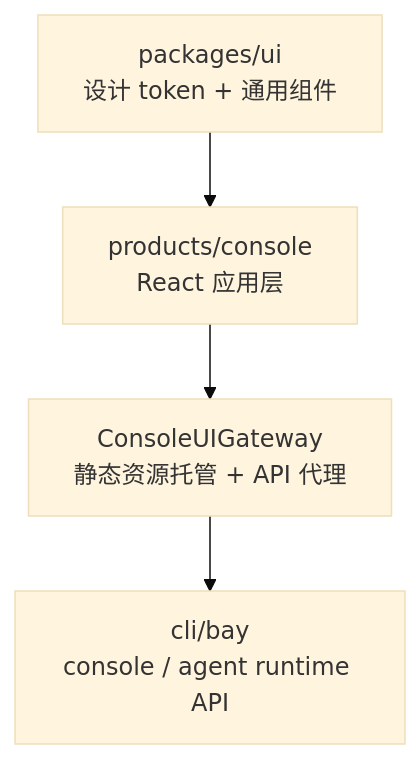
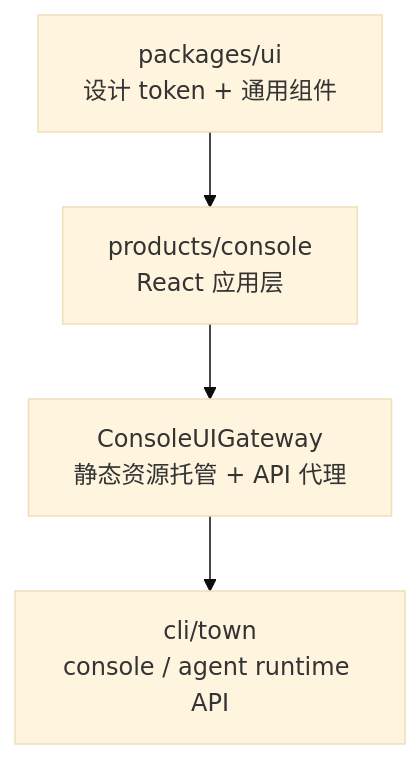
One commit to wangenius/downcity changed the diagram in homepage/content/devdocs/zh/console-ui/react-architecture-v2.mdx. Above: the diagram before and after it, drawn with Mermaid (base theme). The commit also changed other lines of this file and 1247 other files, not shown here.

````diff
--- a/homepage/content/devdocs/zh/console-ui/react-architecture-v2.mdx
+++ b/homepage/content/devdocs/zh/console-ui/react-architecture-v2.mdx
@@ -30,11 +30,11 @@
 ```mermaid
 flowchart TD
   Gateway["ConsoleUIGateway<br/>静态资源托管 + API 代理"]
   App["products/console<br/>React 应用层"]
   UI["packages/ui<br/>设计 token + 通用组件"]
-  Runtime["cli/bay<br/>console / agent runtime API"]
+  Runtime["cli/town<br/>console / agent runtime API"]
 
   UI --> App
   App --> Gateway
   Gateway --> Runtime
 ```
````
